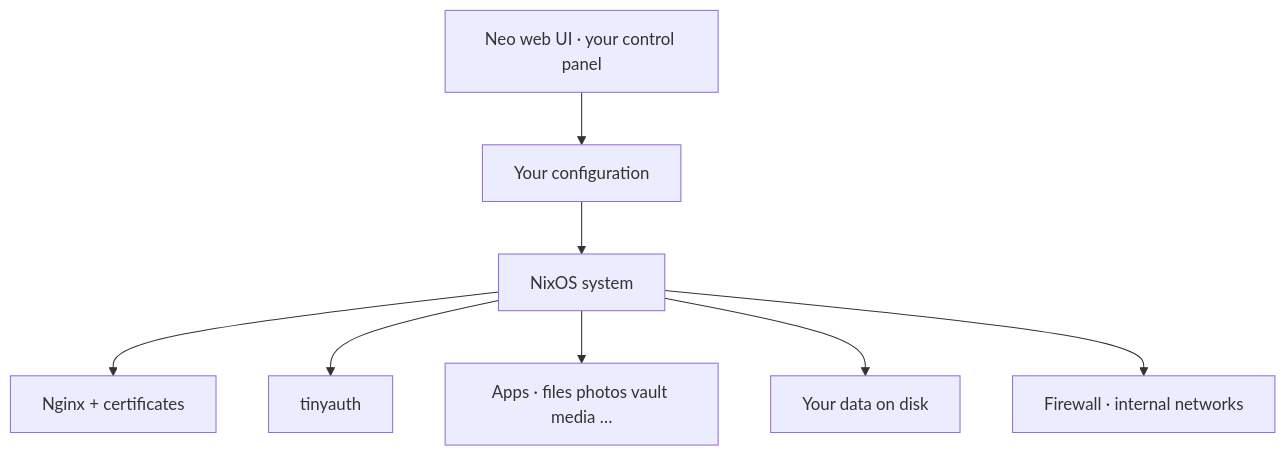
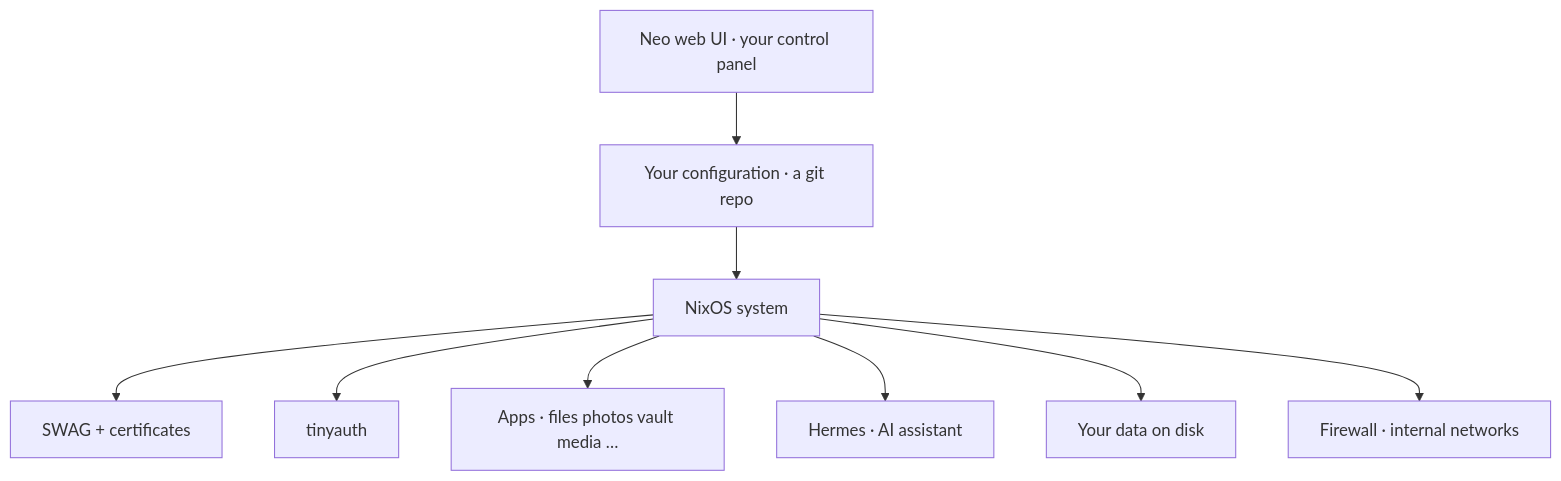
One commit to madebydamo/neo changed the third of 4 diagrams in docs/ARCHITECTURE.md. Above: the diagram before and after it, drawn with Mermaid. The commit also changed other lines of this file and 5 other files, not shown here.

````diff
--- a/docs/ARCHITECTURE.md
+++ b/docs/ARCHITECTURE.md
@@ -62,11 +93,12 @@
 ```mermaid
 flowchart TB
   UI[Neo web UI · your control panel]
-  UI --> CFG[Your configuration]
+  UI --> CFG[Your configuration · a git repo]
   CFG --> SYS[NixOS system]
-  SYS --> NGX[Nginx + certificates]
+  SYS --> SWAG[SWAG + certificates]
   SYS --> AUTH[tinyauth]
   SYS --> APPS[Apps · files photos vault media …]
+  SYS --> HERMES[Hermes · AI assistant]
   SYS --> DATA[Your data on disk]
   SYS --> FW[Firewall · internal networks]
 ```
````
